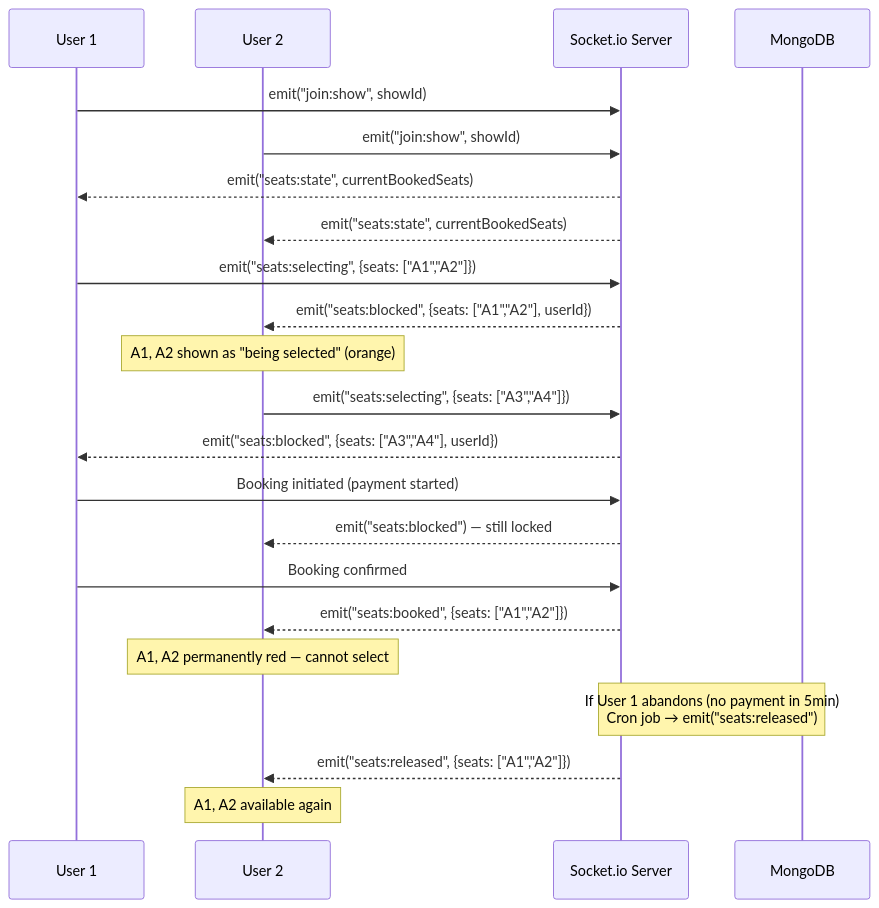
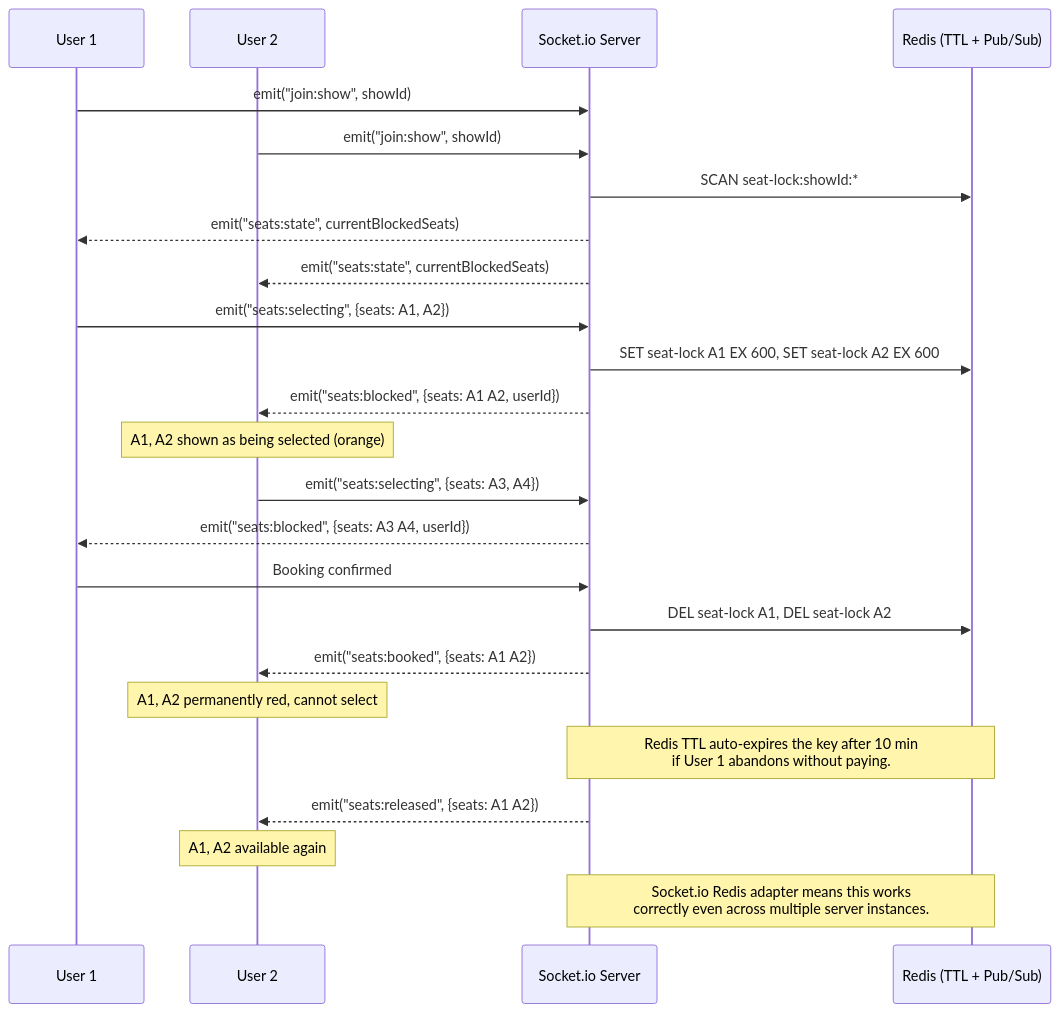
Before and after one commit to AmanBhaskar16/Ticket-Booking-Platform: the fourth of 5 diagrams in README.md, drawn with Mermaid. The commit also changed other lines of this file, not shown here.

First line of the commit message:
Update README with Redis, Docker badges and details

````diff
--- a/README.md
+++ b/README.md
@@ -215,30 +232,32 @@
 ```mermaid
 sequenceDiagram
     participant U1 as User 1
     participant U2 as User 2
     participant Server as Socket.io Server
-    participant DB as MongoDB
+    participant Redis as Redis (TTL + Pub/Sub)
 
     U1->>Server: emit("join:show", showId)
     U2->>Server: emit("join:show", showId)
-    Server-->>U1: emit("seats:state", currentBookedSeats)
-    Server-->>U2: emit("seats:state", currentBookedSeats)
+    Server->>Redis: SCAN seat-lock:showId:*
+    Server-->>U1: emit("seats:state", currentBlockedSeats)
+    Server-->>U2: emit("seats:state", currentBlockedSeats)
 
-    U1->>Server: emit("seats:selecting", {seats: ["A1","A2"]})
-    Server-->>U2: emit("seats:blocked", {seats: ["A1","A2"], userId})
-    Note over U2: A1, A2 shown as "being selected" (orange)
+    U1->>Server: emit("seats:selecting", {seats: A1, A2})
+    Server->>Redis: SET seat-lock A1 EX 600, SET seat-lock A2 EX 600
+    Server-->>U2: emit("seats:blocked", {seats: A1 A2, userId})
+    Note over U2: A1, A2 shown as being selected (orange)
 
-    U2->>Server: emit("seats:selecting", {seats: ["A3","A4"]})
-    Server-->>U1: emit("seats:blocked", {seats: ["A3","A4"], userId})
-
-    U1->>Server: Booking initiated (payment started)
-    Server-->>U2: emit("seats:blocked") — still locked
+    U2->>Server: emit("seats:selecting", {seats: A3, A4})
+    Server-->>U1: emit("seats:blocked", {seats: A3 A4, userId})
 
     U1->>Server: Booking confirmed
-    Server-->>U2: emit("seats:booked", {seats: ["A1","A2"]})
-    Note over U2: A1, A2 permanently red — cannot select
+    Server->>Redis: DEL seat-lock A1, DEL seat-lock A2
+    Server-->>U2: emit("seats:booked", {seats: A1 A2})
+    Note over U2: A1, A2 permanently red, cannot select
 
-    Note over Server,DB: If User 1 abandons (no payment in 5min)<br/>Cron job → emit("seats:released")
-    Server-->>U2: emit("seats:released", {seats: ["A1","A2"]})
+    Note over Server,Redis: Redis TTL auto-expires the key after 10 min<br/>if User 1 abandons without paying.
+    Server-->>U2: emit("seats:released", {seats: A1 A2})
     Note over U2: A1, A2 available again
+
+    Note over Server,Redis: Socket.io Redis adapter means this works<br/>correctly even across multiple server instances.
 ```
````
